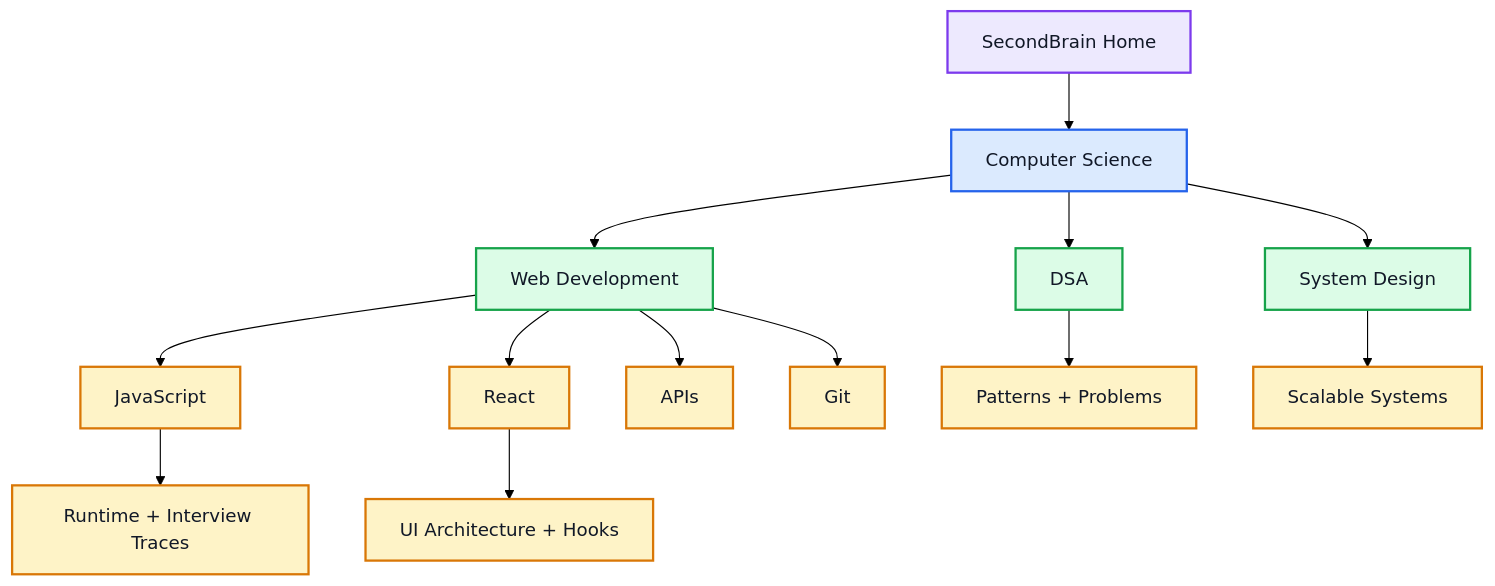
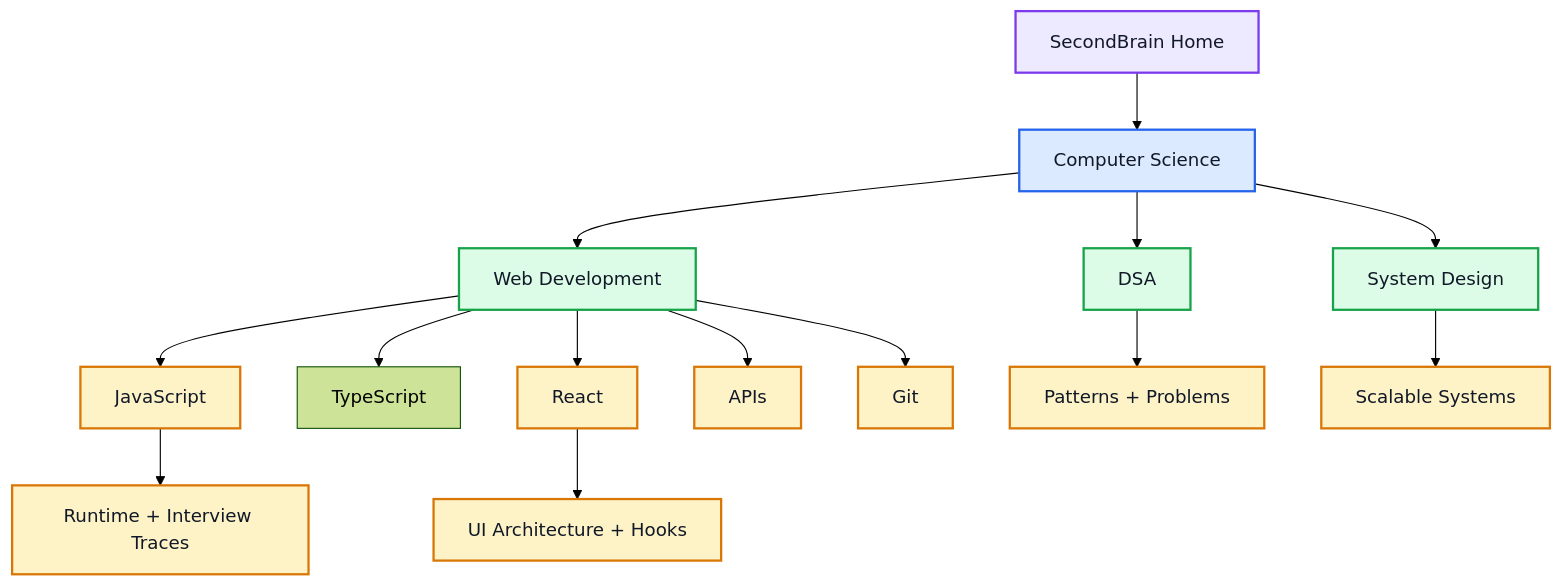
Before and after one commit to Aryan107rn/Obsidian_Second_Brain: the first of 2 diagrams in README.md, drawn with Mermaid (forest theme). The commit also changed other lines of this file and 6 other files, not shown here.

````diff
--- a/README.md
+++ b/README.md
@@ -13,25 +13,26 @@
 ```mermaid
 flowchart TD
     Home["SecondBrain Home"] --> CS["Computer Science"]
     CS --> DSA["DSA"]
     CS --> Web["Web Development"]
     CS --> Sys["System Design"]
     Web --> JS["JavaScript"]
+    Web --> TS["TypeScript"]
     Web --> React["React"]
     Web --> APIs["APIs"]
     Web --> Git["Git"]
 
     DSA --> Patterns["Patterns + Problems"]
     JS --> Runtime["Runtime + Interview Traces"]
     React --> UI["UI Architecture + Hooks"]
     Sys --> Scale["Scalable Systems"]
 
     classDef home fill:#EDE9FE,stroke:#7C3AED,color:#111827,stroke-width:2px
     classDef area fill:#DBEAFE,stroke:#2563EB,color:#111827,stroke-width:2px
     classDef topic fill:#DCFCE7,stroke:#16A34A,color:#111827,stroke-width:2px
     classDef detail fill:#FEF3C7,stroke:#D97706,color:#111827,stroke-width:2px
     class Home home
     class CS area
     class DSA,Web,Sys topic
     class JS,React,APIs,Git,Patterns,Runtime,UI,Scale detail
 ```
````
